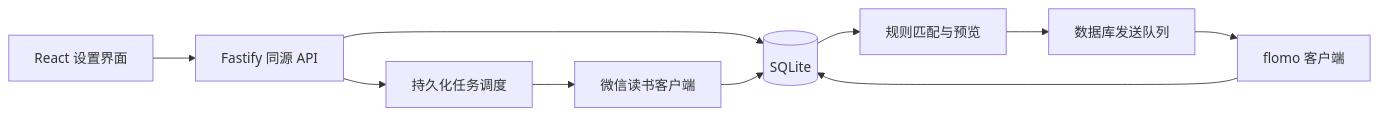
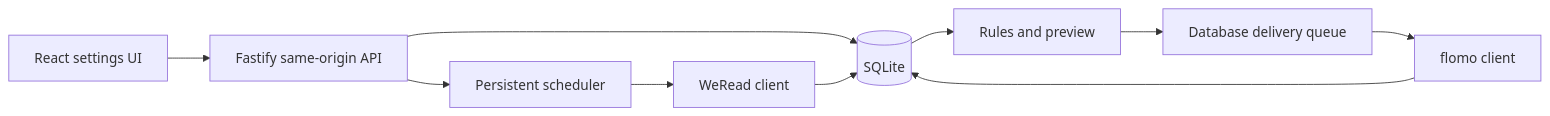
One commit to zhatlas/weread-flomo changed the diagram in docs/architecture.md. Above: the diagram before and after it, drawn with Mermaid. The commit also changed other lines of this file and 55 other files, not shown here.

````diff
--- a/docs/architecture.md
+++ b/docs/architecture.md
@@ -11,12 +13,12 @@
 ```mermaid
 flowchart LR
-  UI[React 设置界面] --> API[Fastify 同源 API]
+  UI[React settings UI] --> API[Fastify same-origin API]
   API --> DB[(SQLite)]
-  API --> JOB[持久化任务调度]
-  JOB --> WR[微信读书客户端]
+  API --> JOB[Persistent scheduler]
+  JOB --> WR[WeRead client]
   WR --> DB
-  DB --> RULE[规则匹配与预览]
-  RULE --> OUT[数据库发送队列]
-  OUT --> FLOMO[flomo 客户端]
+  DB --> RULE[Rules and preview]
+  RULE --> OUT[Database delivery queue]
+  OUT --> FLOMO[flomo client]
   FLOMO --> DB
 ```
````
